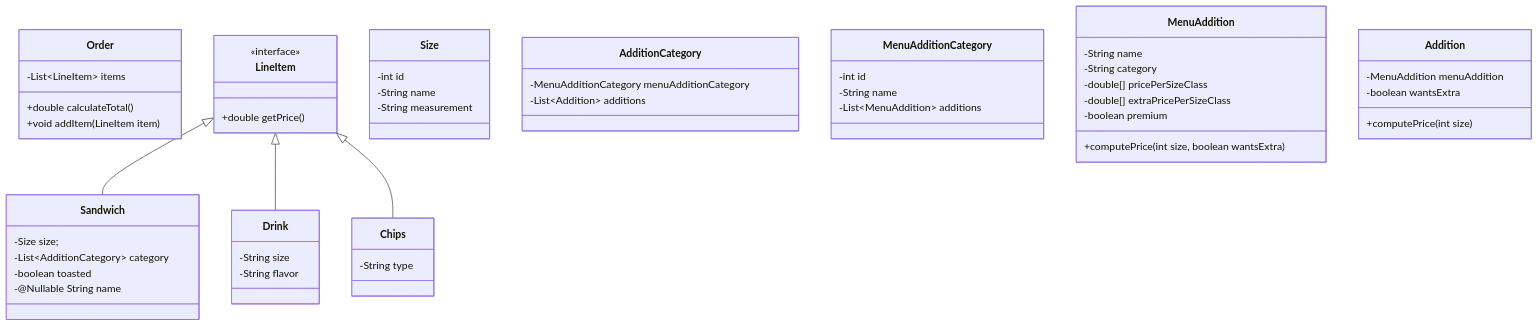
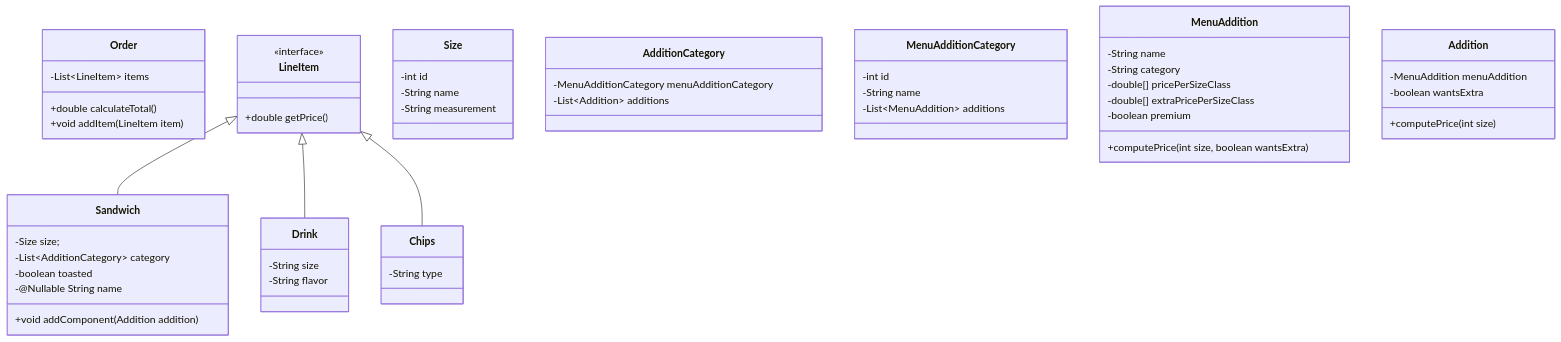
The first of 4 diagrams in diagrams/class_diagrams.md (yuujn/nuclear-subs), drawn with Mermaid before and after one commit. The commit also changed 1 other file, not shown here.

Commit message:
add `addComponent()` method to `Sandwich`

````diff
--- a/diagrams/class_diagrams.md
+++ b/diagrams/class_diagrams.md
@@ -3,58 +3,59 @@
 ```mermaid
 classDiagram
     class Order {
         -List&lt;LineItem&gt; items
         +double calculateTotal()
         +void addItem(LineItem item)
     }
     class LineItem {
         <<interface>>
         +double getPrice()
     }
 
     class Size {
         -int id
         -String name
         -String measurement
     }
 
     LineItem <|-- Sandwich
     class Sandwich {
         -Size size;
         -List&lt;AdditionCategory&gt; category
         -boolean toasted
         -@Nullable String name
+        +void addComponent(Addition addition)
     }
     class AdditionCategory {
         -MenuAdditionCategory menuAdditionCategory
         -List&lt;Addition&gt; additions
     }
     class MenuAdditionCategory {
         -int id
         -String name
         -List&lt;MenuAddition&gt; additions
     }
     class MenuAddition {
         -String name
         -String category
         -double[] pricePerSizeClass
         -double[] extraPricePerSizeClass
         -boolean premium
         +computePrice(int size, boolean wantsExtra)
     }
     class Addition {
         -MenuAddition menuAddition
         -boolean wantsExtra
         +computePrice(int size)
     }
     
     LineItem <|-- Drink
     class Drink {
         -String size
         -String flavor
     }
     LineItem <|-- Chips
     class Chips {
         -String type
     }
 ```
````
